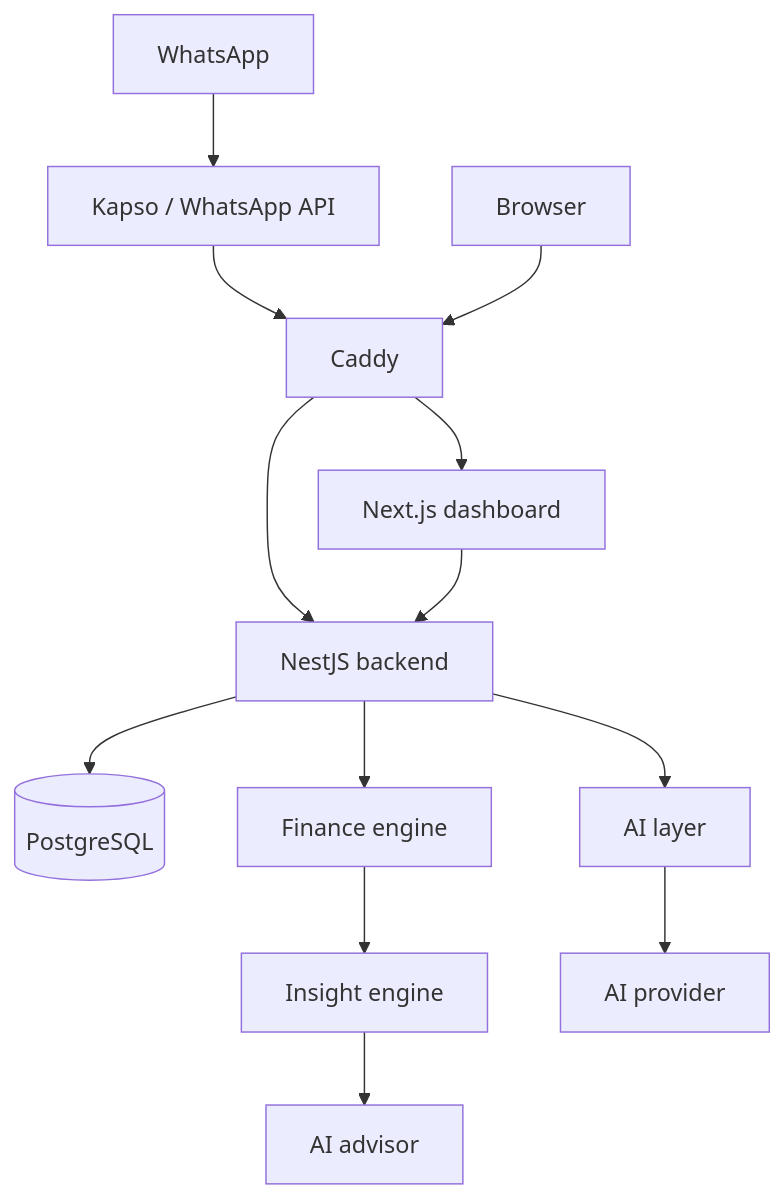
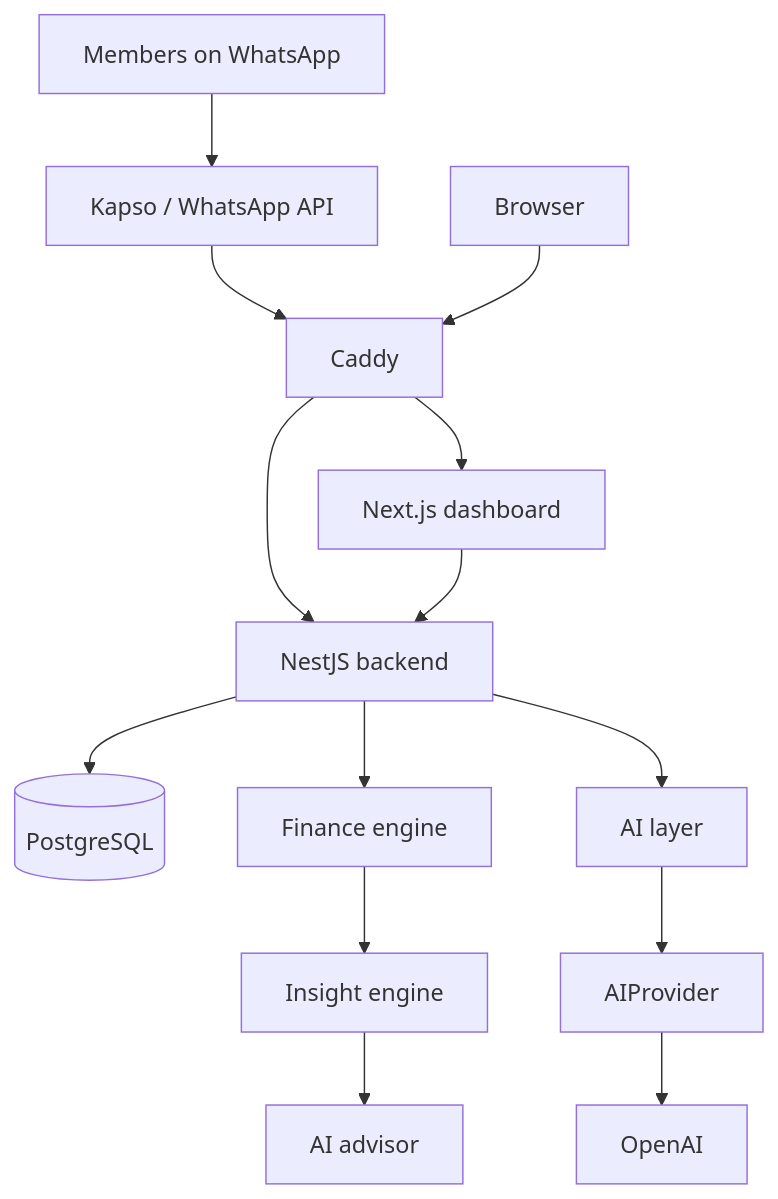
Before and after one commit to guilhermedecastrogt/ai-personal-cfo: the diagram in README.md, drawn with Mermaid. The commit also changed other lines of this file and 9 other files, not shown here.

Commit message:
docs: refine household and ai architecture

````diff
--- a/README.md
+++ b/README.md
@@ -21,15 +23,16 @@
 ```mermaid
 flowchart TD
-    WA[WhatsApp] --> Provider[Kapso / WhatsApp API]
+    WA[Members on WhatsApp] --> Provider[Kapso / WhatsApp API]
     Provider --> Caddy
     Browser --> Caddy
     Caddy --> Web[Next.js dashboard]
     Caddy --> API[NestJS backend]
     Web --> API
     API --> DB[(PostgreSQL)]
     API --> Finance[Finance engine]
     API --> AI[AI layer]
     Finance --> Insights[Insight engine]
-    AI --> ModelProvider[AI provider]
+    AI --> ModelProvider[AIProvider]
+    ModelProvider --> OpenAI[OpenAI]
     Insights --> Advisor[AI advisor]
 ```
````
